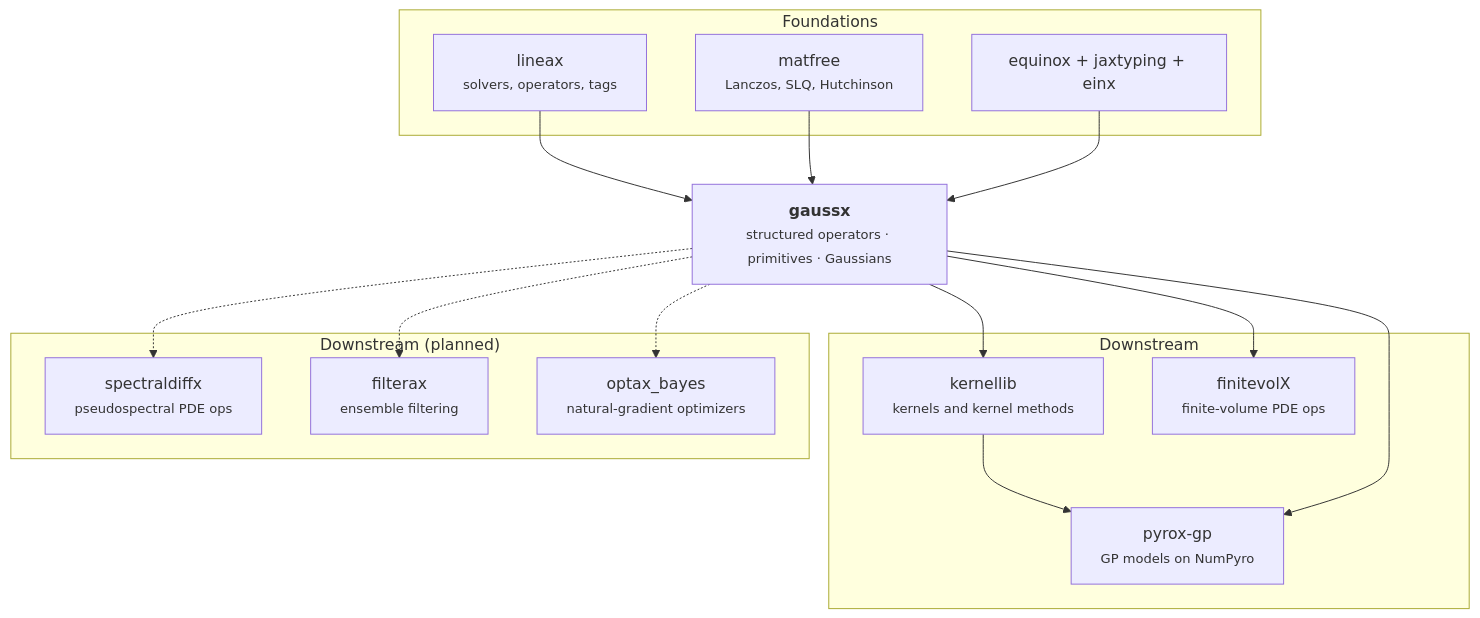
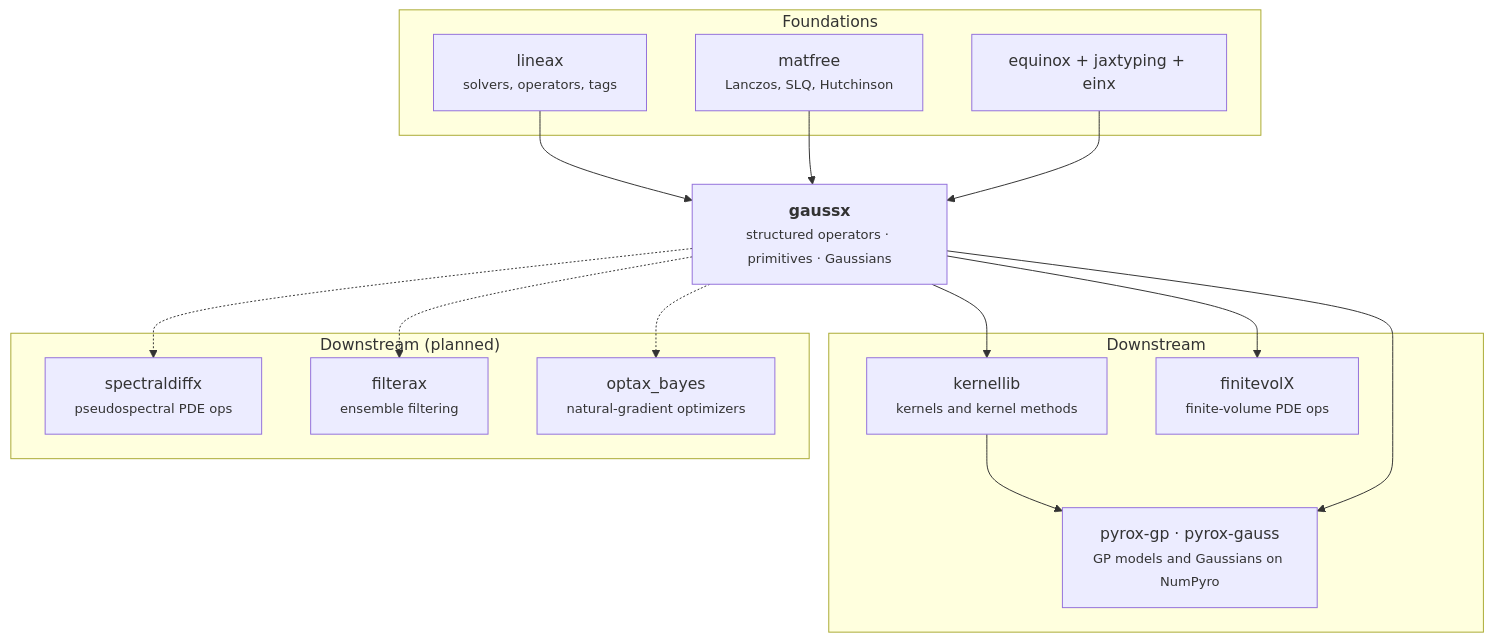
One commit to jejjohnson/gaussx changed the diagram in docs/vision.md. Above: the diagram before and after it, drawn with Mermaid. The commit also changed other lines of this file and 74 other files, not shown here.

First line of the commit message:
refactor(distributions)!: the NumPyro distributions leave gaussx for pyrox-gauss

````diff
--- a/docs/vision.md
+++ b/docs/vision.md
@@ -160,42 +160,42 @@
 ```mermaid
 flowchart TD
     subgraph FOUND["Foundations"]
         LX["lineax<br/><small>solvers, operators, tags</small>"]
         MF["matfree<br/><small>Lanczos, SLQ, Hutchinson</small>"]
         EQX["equinox + jaxtyping + einx"]
     end
 
     GX["<b>gaussx</b><br/><small>structured operators · primitives · Gaussians</small>"]
 
     subgraph DOWN["Downstream"]
         KL["kernellib<br/><small>kernels and kernel methods</small>"]
-        PYROX["pyrox-gp<br/><small>GP models on NumPyro</small>"]
+        PYROX["pyrox-gp · pyrox-gauss<br/><small>GP models and Gaussians on NumPyro</small>"]
         FVX["finitevolX<br/><small>finite-volume PDE ops</small>"]
     end
 
     subgraph PLAN["Downstream (planned)"]
         SDX["spectraldiffx<br/><small>pseudospectral PDE ops</small>"]
         FLTR["filterax<br/><small>ensemble filtering</small>"]
         OB["optax_bayes<br/><small>natural-gradient optimizers</small>"]
     end
 
     LX --> GX
     MF --> GX
     EQX --> GX
     GX --> KL
     KL --> PYROX
     GX --> PYROX
     GX --> FVX
     GX -.-> SDX
     GX -.-> FLTR
     GX -.-> OB
 
     click LX "https://github.com/patrick-kidger/lineax" _blank
     click MF "https://github.com/pnkraemer/matfree" _blank
     click KL "https://github.com/jejjohnson/kernellib" _blank
     click PYROX "https://github.com/jejjohnson/pyrox" _blank
     click FVX "https://github.com/jejjohnson/finitevolX" _blank
     click SDX "https://github.com/jejjohnson/spectraldiffx" _blank
     click FLTR "https://github.com/jejjohnson/filterax" _blank
     click OB "https://github.com/jejjohnson/optax_bayes" _blank
 ```
````
